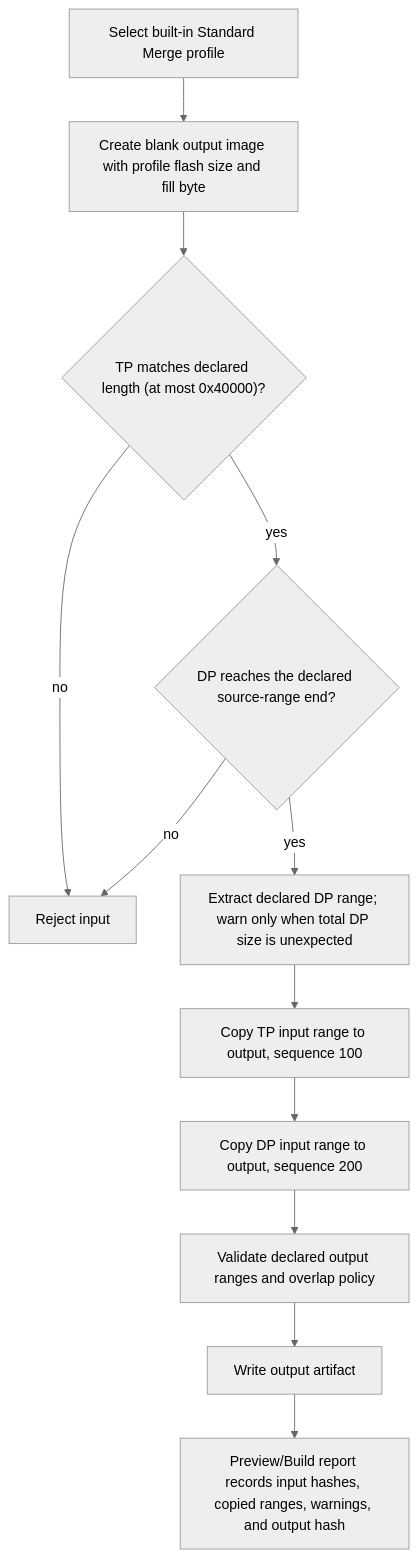
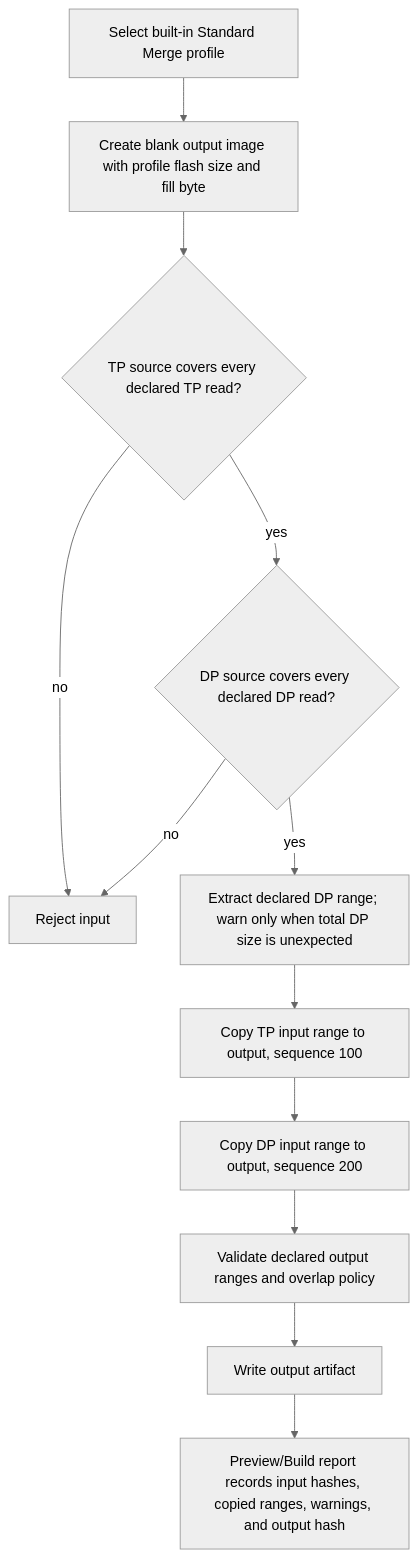
Before and after one commit to Dennis40816/nvt_fw_combiner: the second of 14 diagrams in docs/architecture/ic-workflow-flowcharts.md, drawn with Mermaid (neutral theme). The commit also changed other lines of this file and 30 other files, not shown here.

````diff
--- a/docs/architecture/ic-workflow-flowcharts.md
+++ b/docs/architecture/ic-workflow-flowcharts.md
@@ -124,14 +124,14 @@
 ```mermaid
 flowchart TD
     A["Select built-in Standard Merge profile"] --> B["Create blank output image with profile flash size and fill byte"]
-    B --> C{"TP matches declared length (at most 0x40000)?"}
+    B --> C{"TP source covers every declared TP read?"}
     C -- "no" --> D["Reject input"]
-    C -- "yes" --> E{"DP reaches the declared source-range end?"}
+    C -- "yes" --> E{"DP source covers every declared DP read?"}
     E -- "no" --> D
     E -- "yes" --> F["Extract declared DP range; warn only when total DP size is unexpected"]
     F --> G["Copy TP input range to output, sequence 100"]
     G --> H["Copy DP input range to output, sequence 200"]
     H --> I["Validate declared output ranges and overlap policy"]
     I --> J["Write output artifact"]
     J --> K["Preview/Build report records input hashes, copied ranges, warnings, and output hash"]
 ```
````
